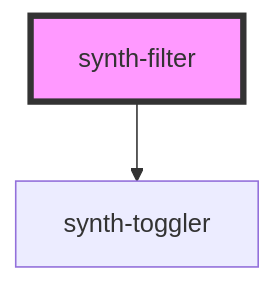
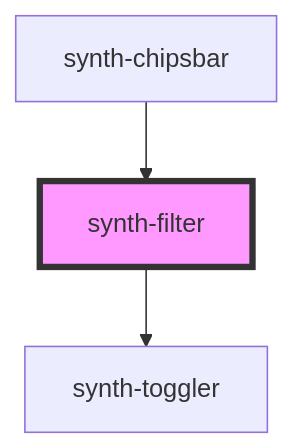
One commit to adrianiy/synth-ui changed the diagram in packages/synth-components/src/components/filter/readme.md. Above: the diagram before and after it, drawn with Mermaid. The commit also changed other lines of this file and 15 other files, not shown here.

````diff
--- a/packages/synth-components/src/components/filter/readme.md
+++ b/packages/synth-components/src/components/filter/readme.md
@@ -38,5 +42,6 @@
 ```mermaid
 graph TD;
   synth-filter --> synth-toggler
+  synth-chipsbar --> synth-filter
   style synth-filter fill:#f9f,stroke:#333,stroke-width:4px
 ```
````
